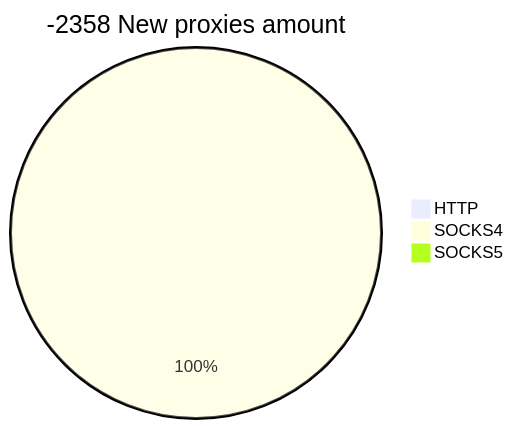
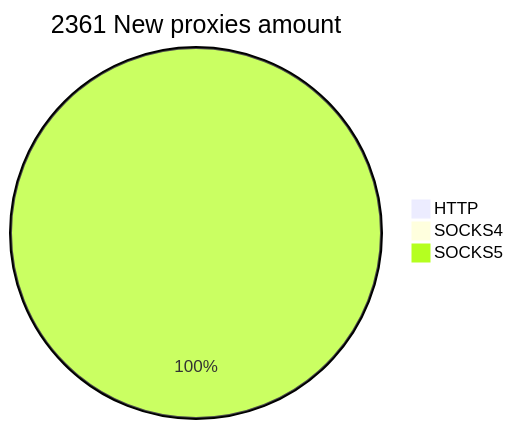
One commit to cutipu/proxylist changed the second of 2 diagrams in README.md. Above: the diagram before and after it, drawn with Mermaid. The commit also changed other lines of this file, not shown here.

````diff
--- a/README.md
+++ b/README.md
@@ -10,6 +10,6 @@
 ```mermaid
-pie title -2358 New proxies amount
+pie title 2361 New proxies amount
     "HTTP" : 0
-    "SOCKS4" : 5
-    "SOCKS5" : 0
+    "SOCKS4" : 0
+    "SOCKS5" : 2363
 ```
````
